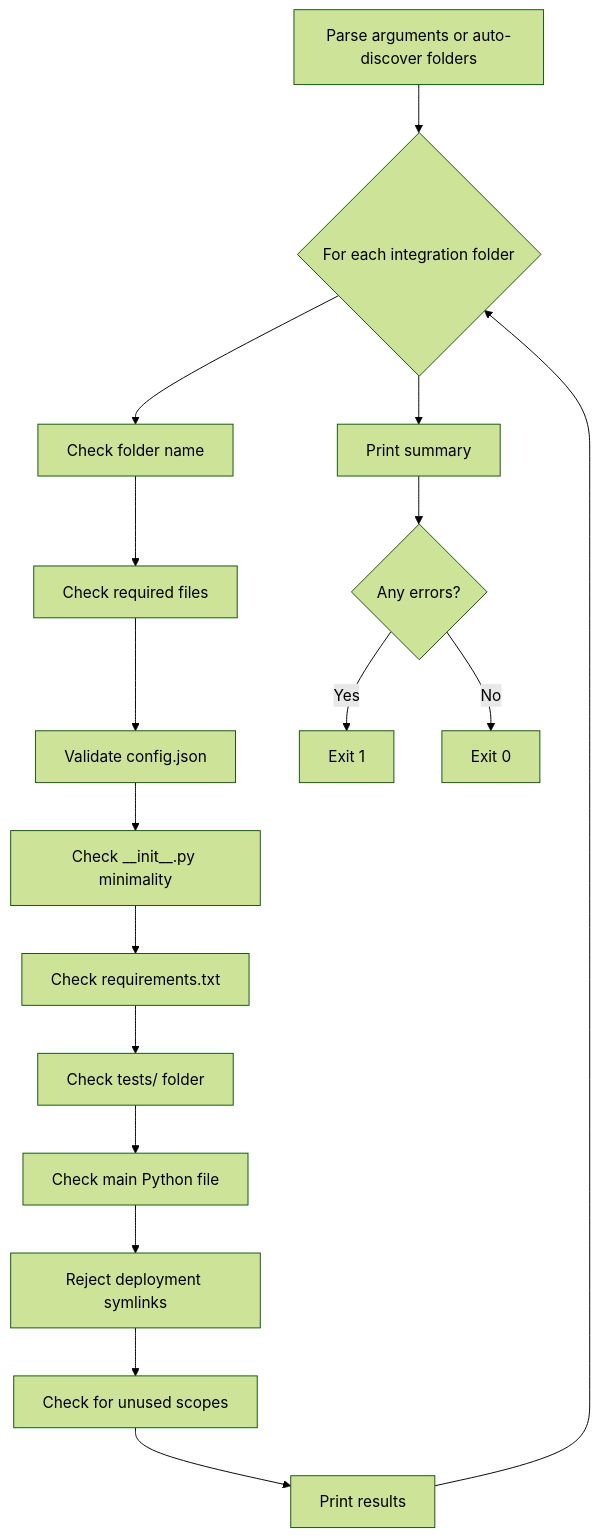
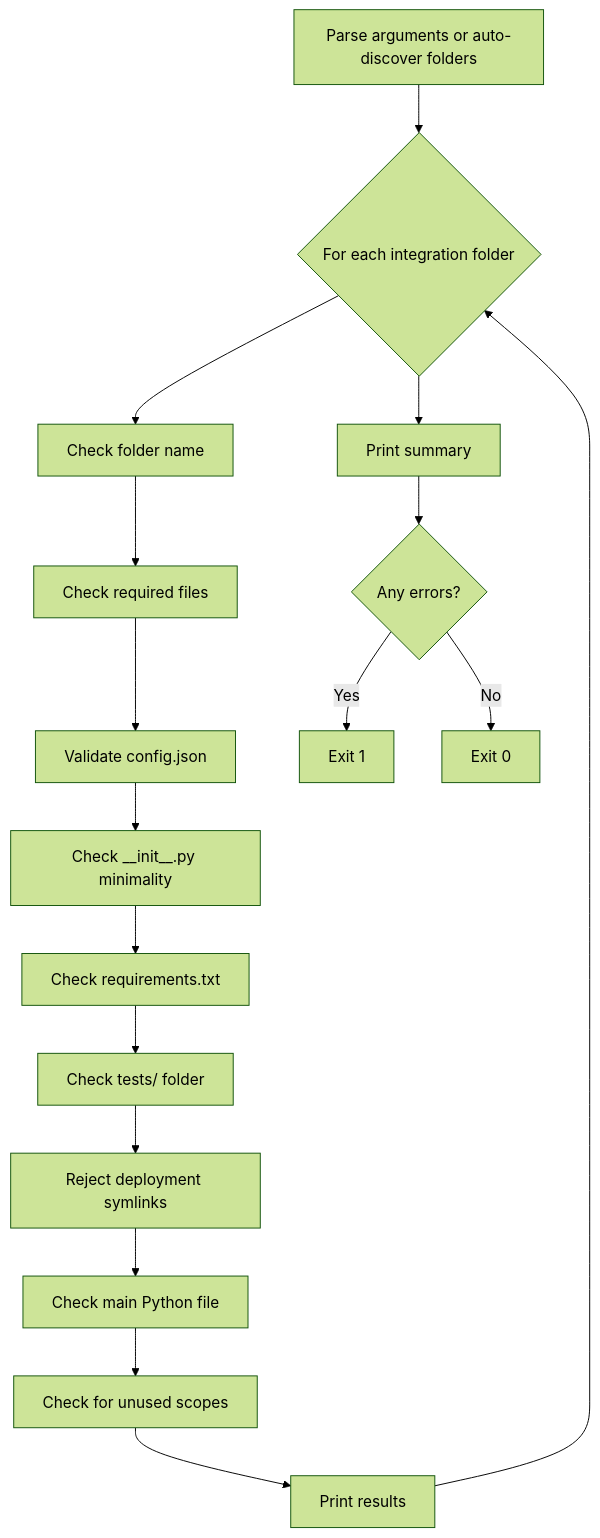
One commit to Autohive-AI/autohive-integrations-tooling changed the diagram in scripts/docs/validate_integration.md. Above: the diagram before and after it, drawn with Mermaid (forest theme). The commit also changed other lines of this file, not shown here.

Commit message:
docs: align validator check order

````diff
--- a/scripts/docs/validate_integration.md
+++ b/scripts/docs/validate_integration.md
@@ -193,19 +193,19 @@
 ```mermaid
 flowchart TD
     A[Parse arguments or auto-discover folders] --> B{For each integration folder}
     B --> C[Check folder name]
     C --> D[Check required files]
     D --> E[Validate config.json]
     E --> F[Check __init__.py minimality]
     F --> G[Check requirements.txt]
     G --> H[Check tests/ folder]
-    H --> I[Check main Python file]
-    I --> J[Reject deployment symlinks]
+    H --> I[Reject deployment symlinks]
+    I --> J[Check main Python file]
     J --> K[Check for unused scopes]
     K --> L[Print results]
     L --> B
     B --> M[Print summary]
     M --> N{Any errors?}
     N -->|Yes| O[Exit 1]
     N -->|No| P[Exit 0]
 ```
````
